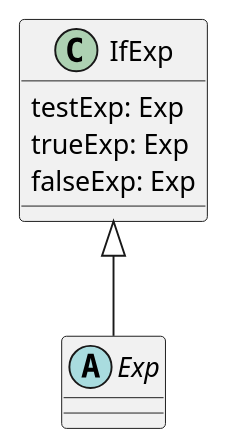
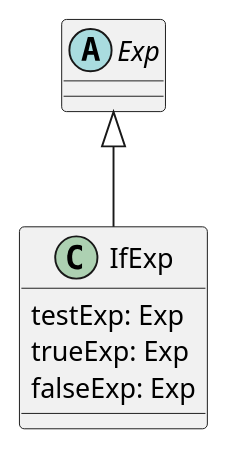
Before and after one commit to ourPLCC/course-materials-ng: the diagram in textbook/09-v2.md, drawn with PlantUML.

Commit message:
fix: Have arrow point towards abstract class for consistency

````diff
--- a/textbook/09-v2.md
+++ b/textbook/09-v2.md
@@ -22,13 +22,13 @@
 ```plantuml
 @startuml
 abstract class Exp
 
 class IfExp {
     testExp: Exp
     trueExp: Exp
     falseExp: Exp
 }
 
-IfExp <|-- Exp
+Exp <|-- IfExp
 @enduml
 ```
````
